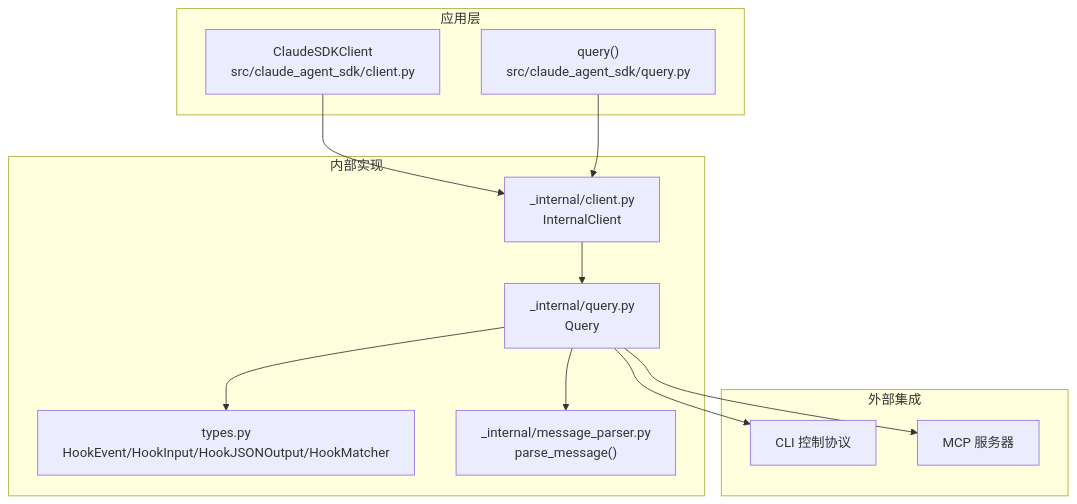
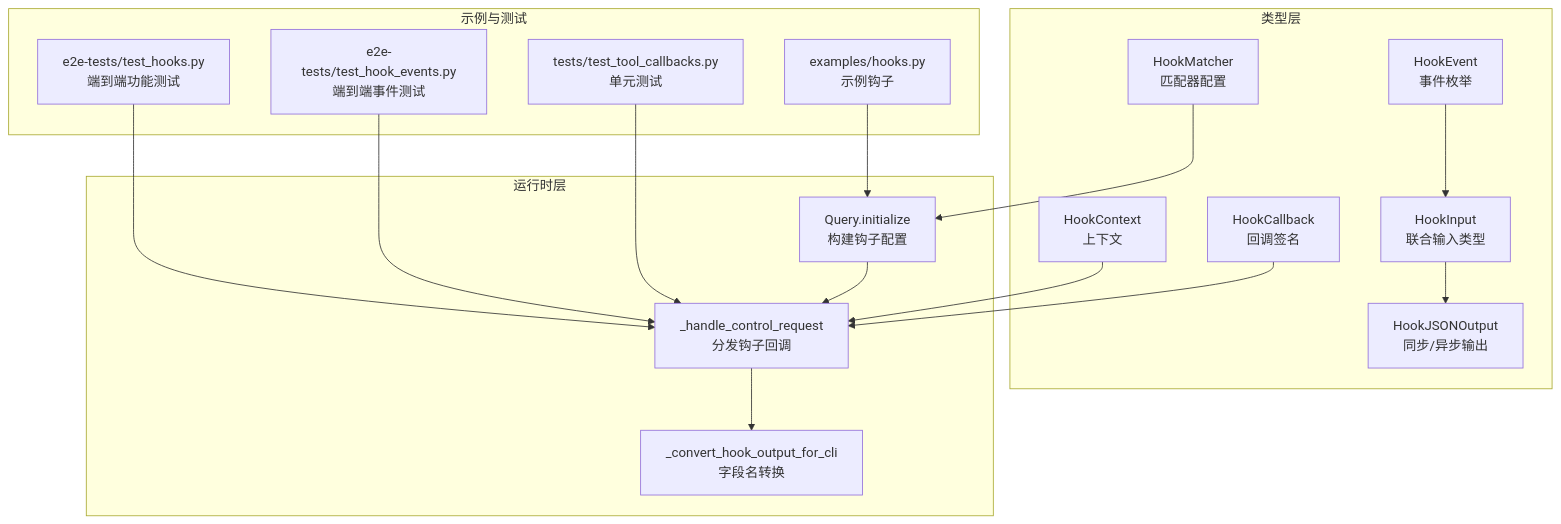
The first of 7 diagrams in .qoder/repowiki/zh/content/高级功能/钩子系统/钩子系统.md (defulat-coder/claude-agent-sdk-python), drawn with Mermaid before and after one commit. The commit also changed other lines of this file and 77 other files, not shown here.

````diff
--- a/.qoder/repowiki/zh/content/高级功能/钩子系统/钩子系统.md
+++ b/.qoder/repowiki/zh/content/高级功能/钩子系统/钩子系统.md
@@ -42,24 +34,33 @@
 ```mermaid
 graph TB
-subgraph "应用层"
-A["ClaudeSDKClient<br/>src/claude_agent_sdk/client.py"]
-B["query()<br/>src/claude_agent_sdk/query.py"]
+subgraph "类型层"
+T1["HookEvent<br/>事件枚举"]
+T2["HookInput<br/>联合输入类型"]
+T3["HookJSONOutput<br/>同步/异步输出"]
+T4["HookMatcher<br/>匹配器配置"]
+T5["HookCallback<br/>回调签名"]
+T6["HookContext<br/>上下文"]
 end
-subgraph "内部实现"
-C["_internal/client.py<br/>InternalClient"]
-D["_internal/query.py<br/>Query"]
-E["types.py<br/>HookEvent/HookInput/HookJSONOutput/HookMatcher"]
-F["_internal/message_parser.py<br/>parse_message()"]
+subgraph "运行时层"
+Q1["Query.initialize<br/>构建钩子配置"]
+Q2["_handle_control_request<br/>分发钩子回调"]
+Q3["_convert_hook_output_for_cli<br/>字段名转换"]
 end
-subgraph "外部集成"
-G["CLI 控制协议"]
-H["MCP 服务器"]
+subgraph "示例与测试"
+E1["examples/hooks.py<br/>示例钩子"]
+TE1["tests/test_tool_callbacks.py<br/>单元测试"]
+TE2["e2e-tests/test_hook_events.py<br/>端到端事件测试"]
+TE3["e2e-tests/test_hooks.py<br/>端到端功能测试"]
 end
-A --> C
-B --> C
-C --> D
-D --> E
-D --> F
-D --> G
-D --> H
+T1 --> T2
+T2 --> T3
+T4 --> Q1
+T5 --> Q2
+T6 --> Q2
+Q1 --> Q2
+Q2 --> Q3
+E1 --> Q1
+TE1 --> Q2
+TE2 --> Q2
+TE3 --> Q2
 ```
````
